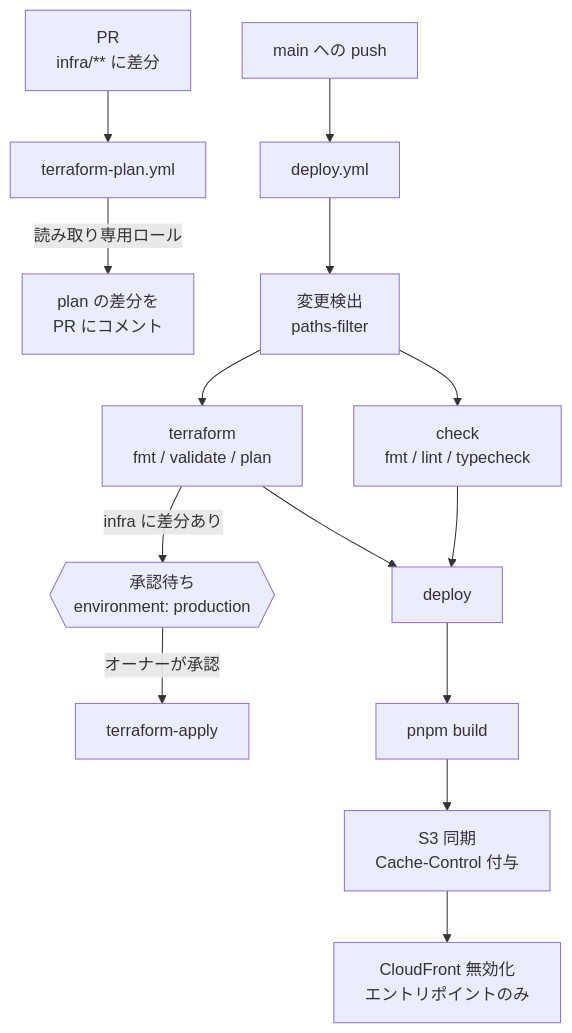
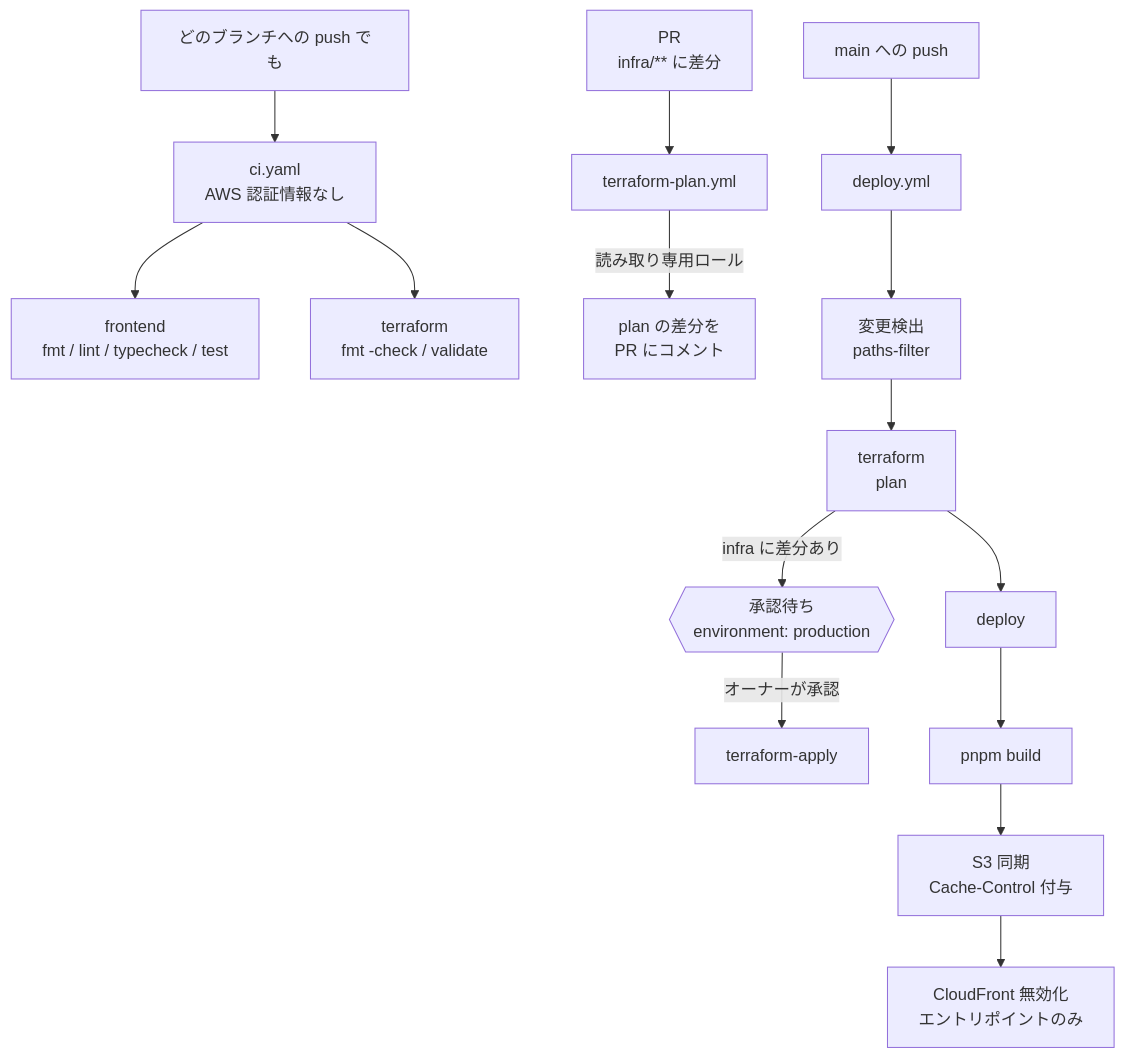
One commit to ryokryok/terraform-aws-static-site-hosting changed the second of 3 diagrams in README.md. Above: the diagram before and after it, drawn with Mermaid. The commit also changed other lines of this file and 7 other files, not shown here.

````diff
--- a/README.md
+++ b/README.md
@@ -33,20 +35,22 @@
 ```mermaid
 flowchart TD
+    Push["どのブランチへの push でも"] --> CI["ci.yaml<br/>AWS 認証情報なし"]
+    CI --> Front["frontend<br/>fmt / lint / typecheck / test"]
+    CI --> TfCheck["terraform<br/>fmt -check / validate"]
+
     PR["PR<br/>infra/** に差分"] --> Plan["terraform-plan.yml"]
     Plan -->|"読み取り専用ロール"| PlanOut["plan の差分を<br/>PR にコメント"]
 
     Merge["main への push"] --> Deploy["deploy.yml"]
 
     Deploy --> Detect["変更検出<br/>paths-filter"]
-    Detect --> TF["terraform<br/>fmt / validate / plan"]
-    Detect --> Check["check<br/>fmt / lint / typecheck"]
+    Detect --> TF["terraform<br/>plan"]
 
     TF -->|"infra に差分あり"| Gate{{"承認待ち<br/>environment: production"}}
     Gate -->|"オーナーが承認"| Apply["terraform-apply"]
     TF --> Dep["deploy"]
-    Check --> Dep
 
     Dep --> Build["pnpm build"]
     Build --> Sync["S3 同期<br/>Cache-Control 付与"]
     Sync --> Inv["CloudFront 無効化<br/>エントリポイントのみ"]
 ```
````
